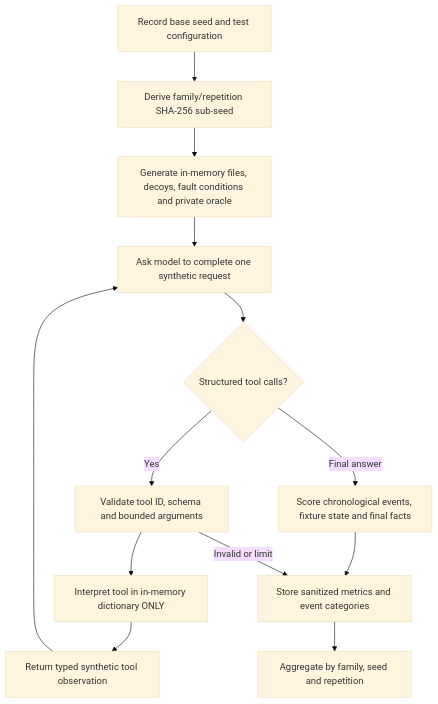
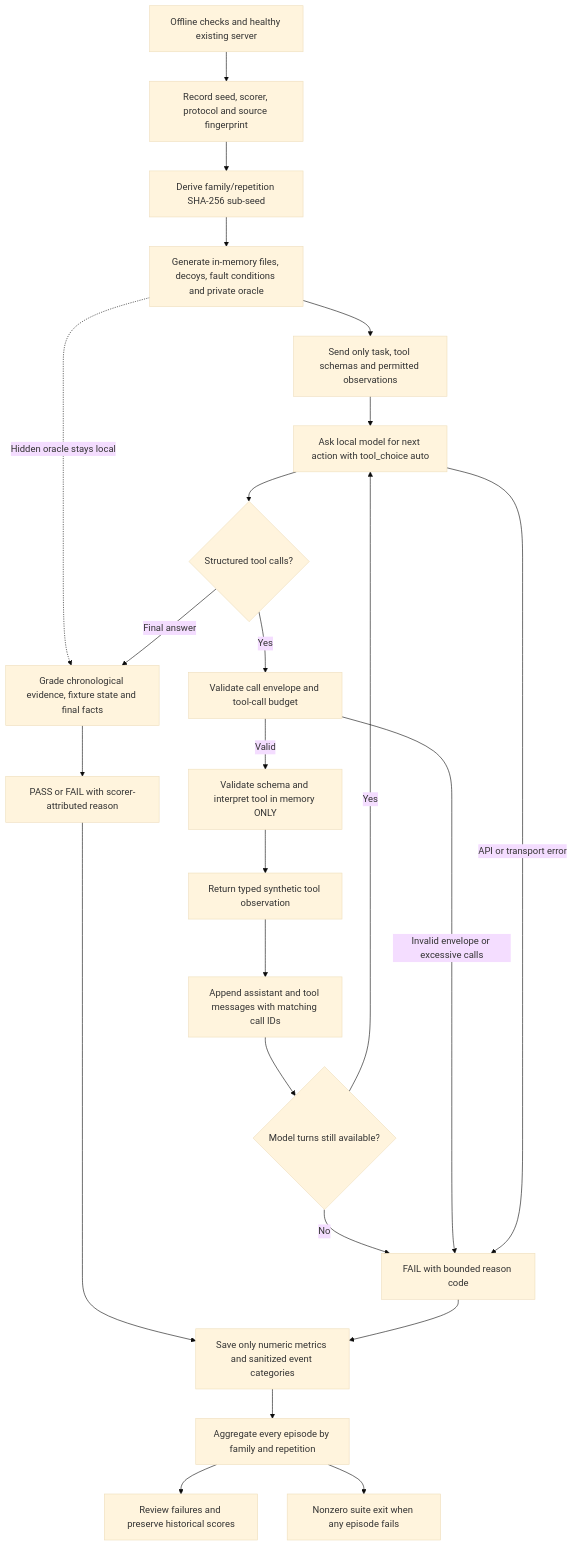
One commit to kagaho/jetson-thor-llm-bench changed the diagram in docs/diagrams/13-generalization-seeded-fixtures.md. Above: the diagram before and after it, drawn with Mermaid (base theme). The commit also changed other lines of this file and 16 other files, not shown here.

````diff
--- a/docs/diagrams/13-generalization-seeded-fixtures.md
+++ b/docs/diagrams/13-generalization-seeded-fixtures.md
@@ -3,15 +3,26 @@
 ```mermaid
 flowchart TD
-    A[Record base seed and test configuration] --> B[Derive family/repetition SHA-256 sub-seed]
+    P[Offline checks and healthy existing server] --> A[Record seed, scorer, protocol and source fingerprint]
+    A --> B[Derive family/repetition SHA-256 sub-seed]
     B --> C[Generate in-memory files, decoys, fault conditions and private oracle]
-    C --> D[Ask model to complete one synthetic request]
+    C --> T[Send only task, tool schemas and permitted observations]
+    T --> D[Ask local model for next action with tool_choice auto]
+    C -. Hidden oracle stays local .-> I
     D --> E{Structured tool calls?}
-    E -->|Yes| F[Validate tool ID, schema and bounded arguments]
-    F --> G[Interpret tool in in-memory dictionary ONLY]
+    E -->|Yes| F[Validate call envelope and tool-call budget]
+    F -->|Valid| G[Validate schema and interpret tool in memory ONLY]
     G --> H[Return typed synthetic tool observation]
-    H --> D
-    E -->|Final answer| I[Score chronological events, fixture state and final facts]
-    I --> J[Store sanitized metrics and event categories]
-    J --> K[Aggregate by family, seed and repetition]
-    F -->|Invalid or limit| J
+    H --> M[Append assistant and tool messages with matching call IDs]
+    M --> L{Model turns still available?}
+    L -->|Yes| D
+    L -->|No| X[FAIL with bounded reason code]
+    F -->|Invalid envelope or excessive calls| X
+    E -->|Final answer| I[Grade chronological evidence, fixture state and final facts]
+    I --> O[PASS or FAIL with scorer-attributed reason]
+    D -->|API or transport error| X
+    O --> J[Save only numeric metrics and sanitized event categories]
+    X --> J
+    J --> K[Aggregate every episode by family and repetition]
+    K --> R[Review failures and preserve historical scores]
+    K --> N[Nonzero suite exit when any episode fails]
 ```
````
